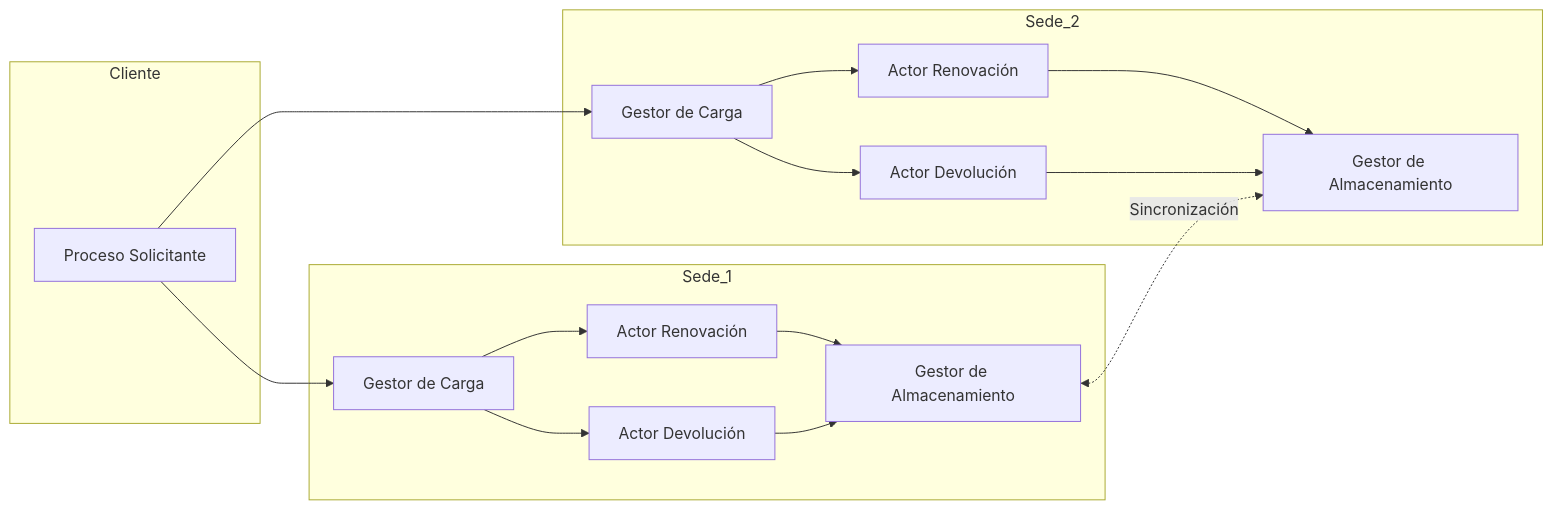
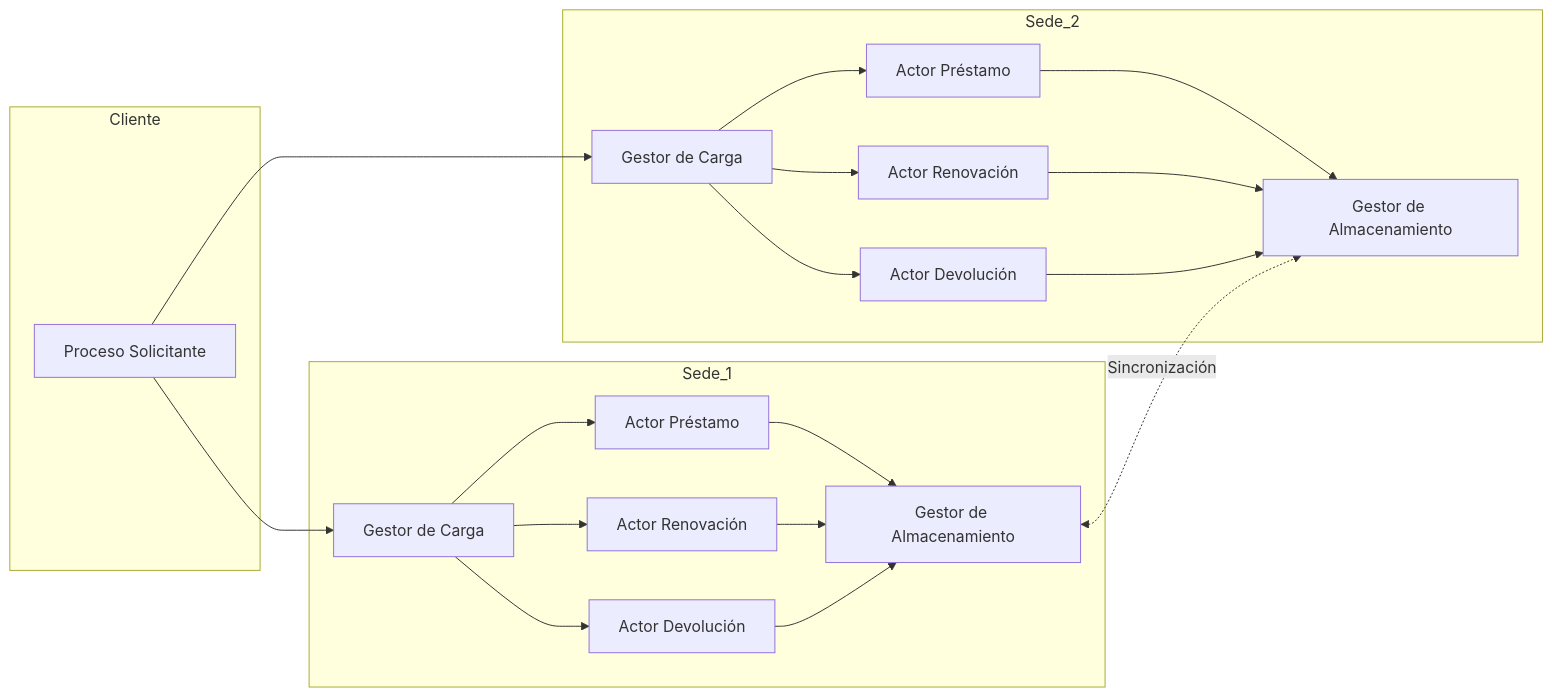
Before and after one commit to mariana-osoriov827/Sistemas-distribuidos: the seventh of 9 diagrams in Proyecto/readme.md, drawn with Mermaid.

````diff
--- a/Proyecto/readme.md
+++ b/Proyecto/readme.md
@@ -281,32 +281,38 @@
 ``` mermaid
 graph LR
   subgraph Cliente
     PS[Proceso Solicitante]
   end
 
   subgraph Sede_1
     GC1[Gestor de Carga]
+    A1P[Actor Préstamo]
     A1R[Actor Renovación]
     A1D[Actor Devolución]
     GA1[Gestor de Almacenamiento]
   end
 
   subgraph Sede_2
     GC2[Gestor de Carga]
+    A2P[Actor Préstamo]
     A2R[Actor Renovación]
     A2D[Actor Devolución]
     GA2[Gestor de Almacenamiento]
   end
 
   PS --> GC1
   PS --> GC2
+  GC1 --> A1P
   GC1 --> A1R
   GC1 --> A1D
+  A1P --> GA1
   A1R --> GA1
   A1D --> GA1
+  GC2 --> A2P
   GC2 --> A2R
   GC2 --> A2D
+  A2P --> GA2
   A2R --> GA2
   A2D --> GA2
   GA1 <-. Sincronización .-> GA2
 ```
````
